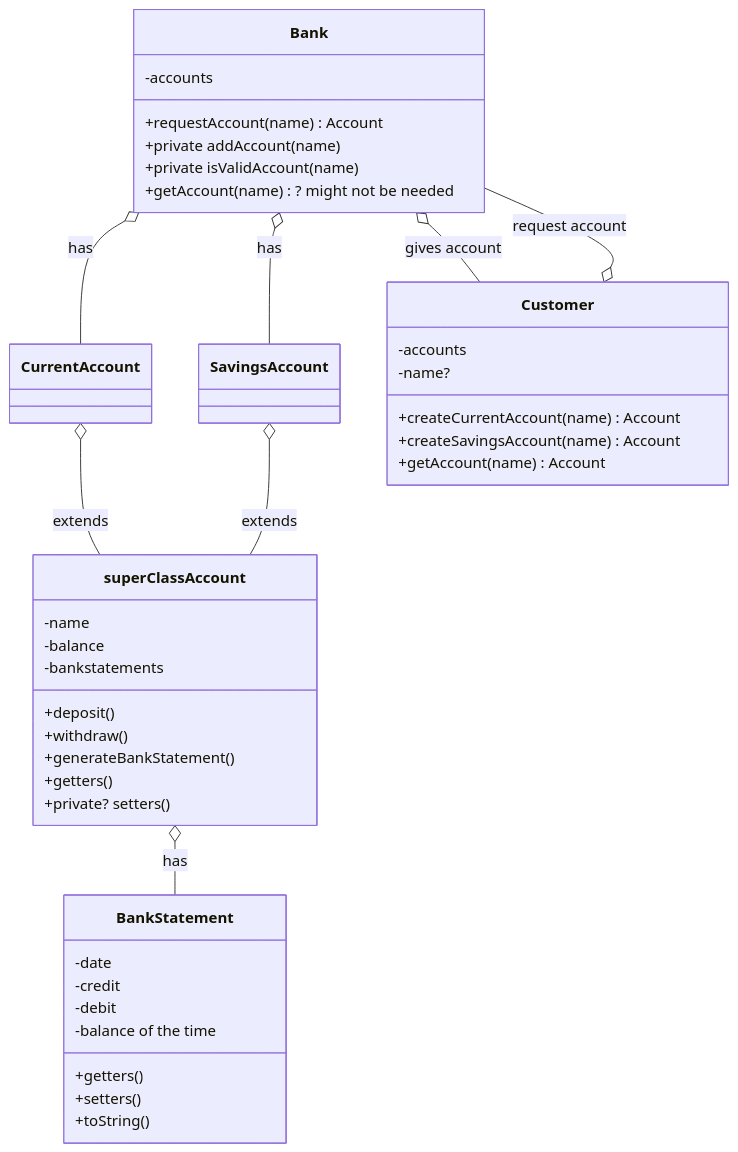
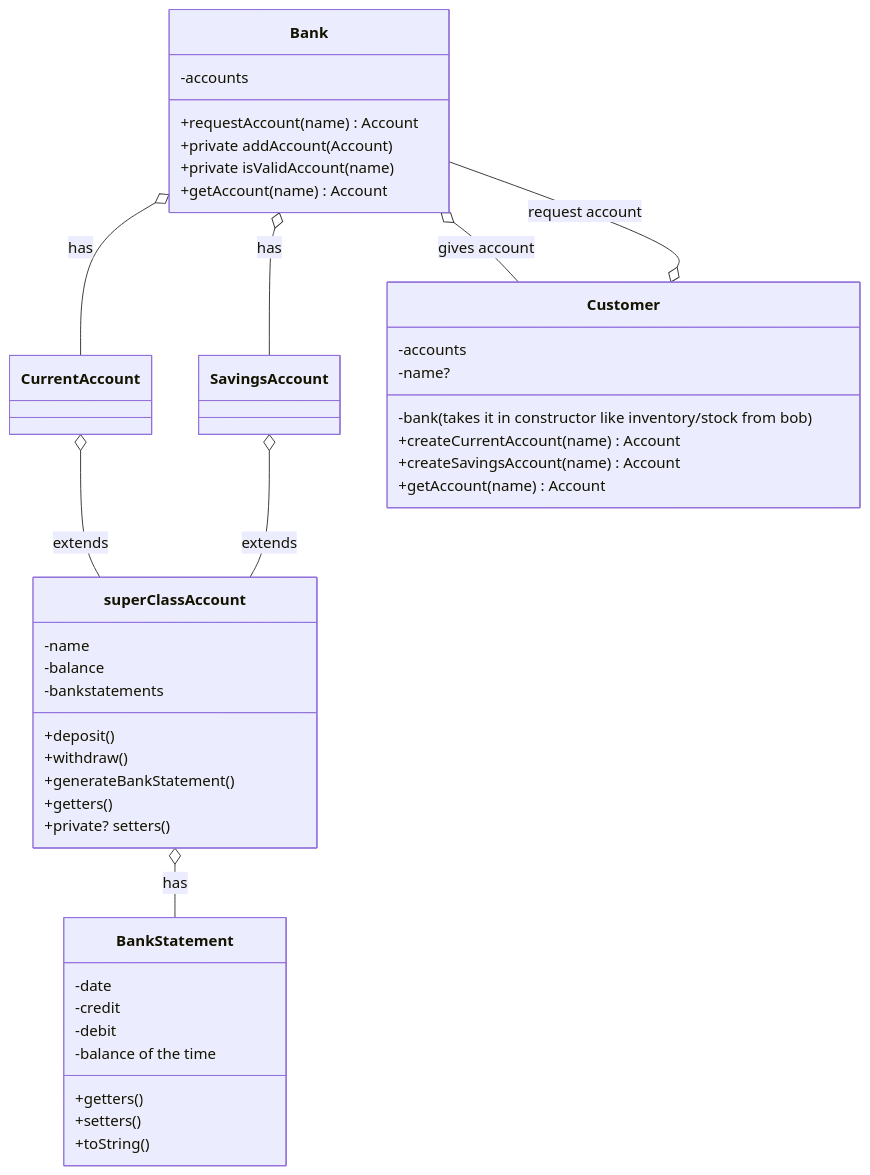
Before and after one commit to ReRaulReb/java-tdd-oop-bank-challenge: the diagram in classModel.md, drawn with Mermaid. The commit also changed 2 other files, not shown here.

Commit message:
changes to class diagram and tests added for bank, Customer now takes a Bank like with inventory in bobs bagels

````diff
--- a/classModel.md
+++ b/classModel.md
@@ -1,62 +1,63 @@
 ```mermaid
     classDiagram
 
         class Bank{
             -accounts
 
             +requestAccount(name) Account
-            +private addAccount(name)
+            +private addAccount(Account)
             +private isValidAccount(name)
-            +getAccount(name) ? might not be needed
+            +getAccount(name) Account
         }
 
         class superClassAccount {
             -name
             -balance
             -bankstatements
 
             +deposit()
             +withdraw()
             +generateBankStatement()
             +getters()
             +private? setters()
         }
 
         class BankStatement{
             -date
             -credit
             -debit
             -balance of the time
 
             +getters()
             +setters()
             +toString()
         }
 
         class CurrentAccount{
         }
 
         class SavingsAccount{
         }
 
         class Customer{
             -accounts
+            -bank (takes it in constructor like inventory/stock from bob)
             -name?
 
             +createCurrentAccount(name) Account
             +createSavingsAccount(name) Account
             +getAccount(name) Account
         }
 
         superClassAccount o-- BankStatement: has
         CurrentAccount o-- superClassAccount: extends
         SavingsAccount o-- superClassAccount: extends
 
         Bank o-- CurrentAccount: has
         Bank o-- SavingsAccount: has
 
         Bank o-- Customer: gives account
         Customer o-- Bank: request account
 
 
 ```
````
